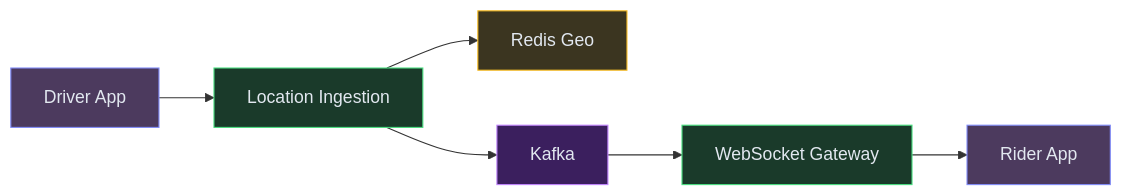
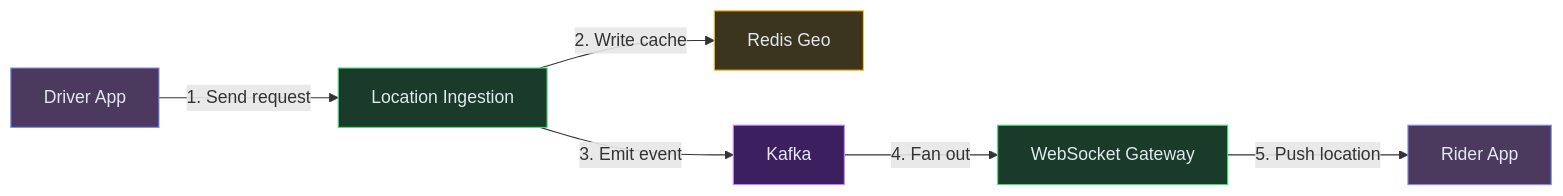
One commit to iluzn/HLD-Designs changed the third of 11 diagrams in content/hld/Uber.md. Above: the diagram before and after it, drawn with Mermaid. The commit also changed other lines of this file and 27 other files, not shown here.

````diff
--- a/content/hld/Uber.md
+++ b/content/hld/Uber.md
@@ -245,20 +245,20 @@
 ```mermaid
 flowchart LR
     Driver["Driver App"]:::client
     LI["Location Ingestion"]:::service
     RG["Redis Geo"]:::data
     KF["Kafka"]:::async
     WSG["WebSocket Gateway"]:::service
     Rider["Rider App"]:::client
 
-    Driver --> LI
-    LI --> RG
-    LI --> KF
-    KF --> WSG
-    WSG --> Rider
+    Driver -->|"1. Send request"| LI
+    LI -->|"2. Write cache"| RG
+    LI -->|"3. Emit event"| KF
+    KF -->|"4. Fan out"| WSG
+    WSG -->|"5. Push location"| Rider
 
     classDef client fill:#4c3a5e,stroke:#818cf8,color:#e2e8f0
     classDef service fill:#1a3a2a,stroke:#4ade80,color:#e2e8f0
     classDef data fill:#3b3520,stroke:#fbbf24,color:#e2e8f0
     classDef async fill:#3b1f5e,stroke:#c084fc,color:#e2e8f0
 ```
````
